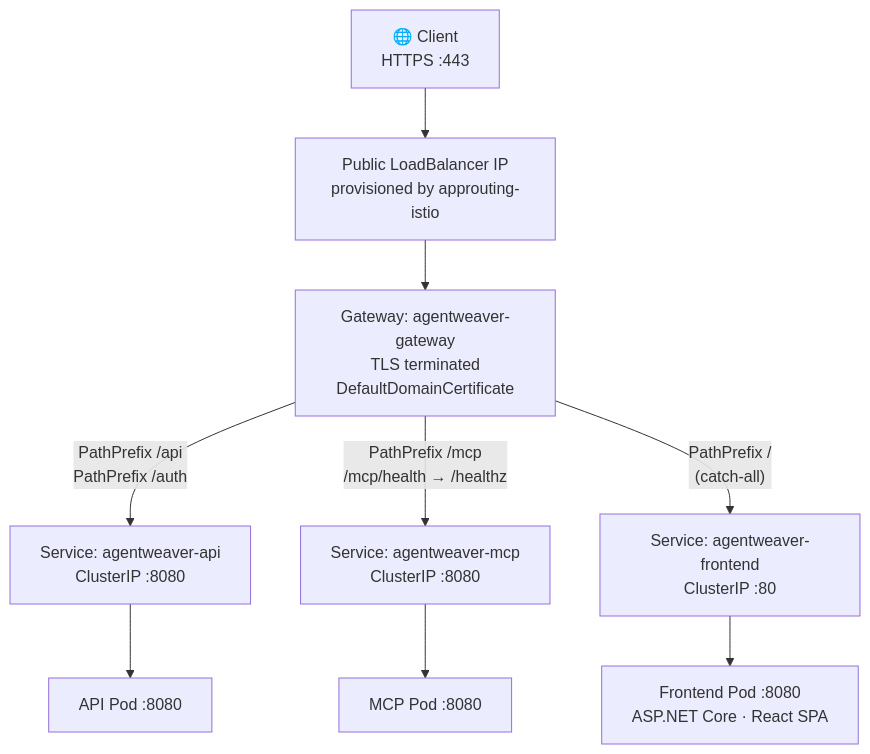
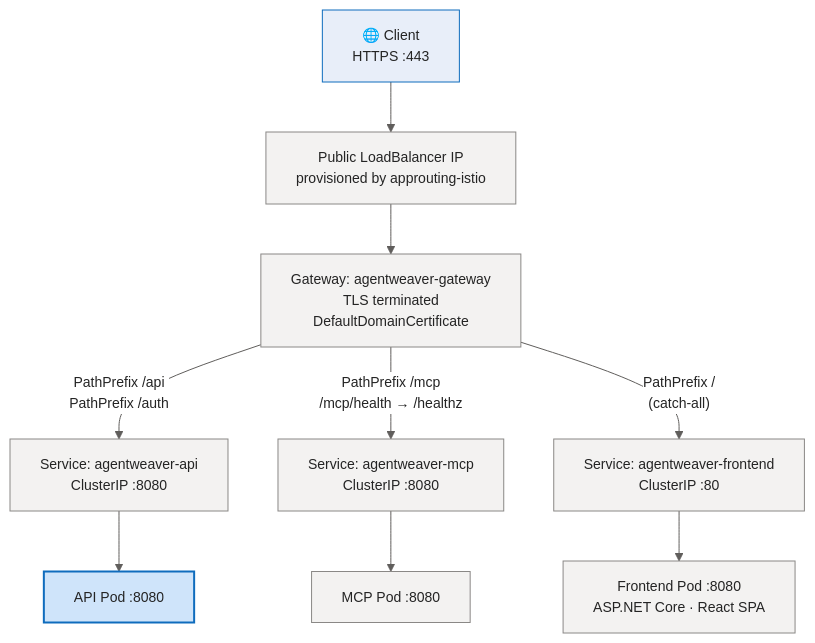
One commit to sabbour/agentweaver changed the second of 5 diagrams in docs/architecture-aks.md. Above: the diagram before and after it, drawn with Mermaid. The commit also changed other lines of this file and 13 other files, not shown here.

````diff
--- a/docs/architecture-aks.md
+++ b/docs/architecture-aks.md
@@ -65,19 +100,32 @@
 ```mermaid
+%%{init: {'theme':'base','themeVariables':{'fontFamily':'Segoe UI, system-ui, -apple-system, sans-serif','fontSize':'14px','primaryColor':'#E8EEF9','primaryBorderColor':'#0F6CBD','primaryTextColor':'#242424','lineColor':'#605E5C','clusterBkg':'#FAF9F8','clusterBorder':'#D2D0CE','edgeLabelBackground':'#FFFFFF'}}}%%
 flowchart TD
     Client["🌐 Client<br/>HTTPS :443"]
     LB["Public LoadBalancer IP<br/>provisioned by approuting-istio"]
     GW["Gateway: agentweaver-gateway<br/>TLS terminated<br/>DefaultDomainCertificate"]
 
     API_SVC["Service: agentweaver-api<br/>ClusterIP :8080"]
     MCP_SVC["Service: agentweaver-mcp<br/>ClusterIP :8080"]
     FE_SVC["Service: agentweaver-frontend<br/>ClusterIP :80"]
 
     API_POD["API Pod :8080"]
     MCP_POD["MCP Pod :8080"]
     FE_POD["Frontend Pod :8080<br/>ASP.NET Core · React SPA"]
 
     Client --> LB --> GW
     GW -->|"PathPrefix /api<br/>PathPrefix /auth"| API_SVC --> API_POD
     GW -->|"PathPrefix /mcp<br/>/mcp/health → /healthz"| MCP_SVC --> MCP_POD
     GW -->|"PathPrefix /<br/>(catch-all)"| FE_SVC --> FE_POD
+
+    classDef client fill:#E8EEF9,stroke:#0F6CBD,stroke-width:1px,color:#242424;
+    classDef svc fill:#F3F2F1,stroke:#8A8886,stroke-width:1px,color:#242424;
+    classDef core fill:#CFE4FA,stroke:#0F6CBD,stroke-width:2px,color:#242424;
+    classDef data fill:#FFF4CE,stroke:#C19C00,stroke-width:1px,color:#242424;
+    classDef ext fill:#F0E8F8,stroke:#8764B8,stroke-width:1px,color:#242424;
+    classDef runtime fill:#DDF3DD,stroke:#107C10,stroke-width:1px,color:#242424;
+    classDef evt fill:#D6F0F0,stroke:#038387,stroke-width:1px,color:#242424;
+
+    class Client client;
+    class LB,GW,API_SVC,MCP_SVC,FE_SVC,MCP_POD,FE_POD svc;
+    class API_POD core;
 ```
````
